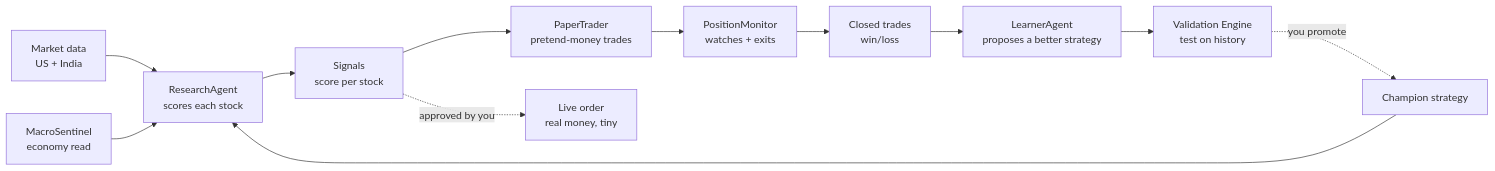
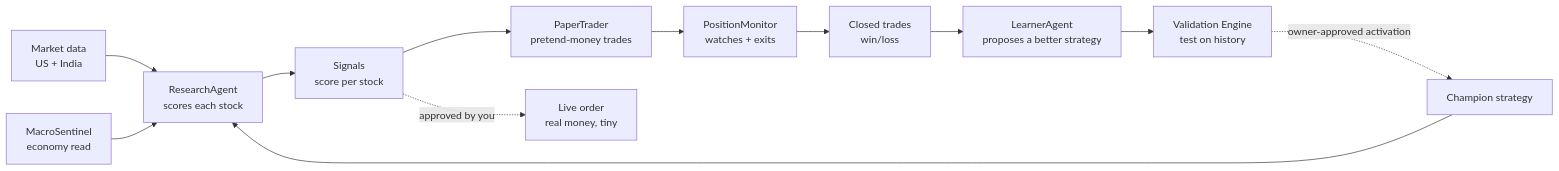
The first of 2 diagrams in docs/arch/01-what-is-kairos.md (vaibhavtiwarigithub/financeos), drawn with Mermaid before and after one commit. The commit also changed other lines of this file and 4 other files, not shown here.

````diff
--- a/docs/arch/01-what-is-kairos.md
+++ b/docs/arch/01-what-is-kairos.md
@@ -34,14 +34,14 @@
 ```mermaid
 flowchart LR
   DATA[Market data\nUS + India] --> RESEARCH[ResearchAgent\nscores each stock]
   MACRO[MacroSentinel\neconomy read] --> RESEARCH
   RESEARCH --> SIGNALS[Signals\nscore per stock]
   SIGNALS --> PAPER[PaperTrader\npretend-money trades]
   SIGNALS -.approved by you.-> LIVE[Live order\nreal money, tiny]
   PAPER --> MONITOR[PositionMonitor\nwatches + exits]
   MONITOR --> OUTCOMES[Closed trades\nwin/loss]
   OUTCOMES --> LEARNER[LearnerAgent\nproposes a better strategy]
   LEARNER --> VALIDATE[Validation Engine\ntest on history]
-  VALIDATE -.you promote.-> CHAMPION[Champion strategy]
+  VALIDATE -.owner-approved activation.-> CHAMPION[Champion strategy]
   CHAMPION --> RESEARCH
 ```
````
